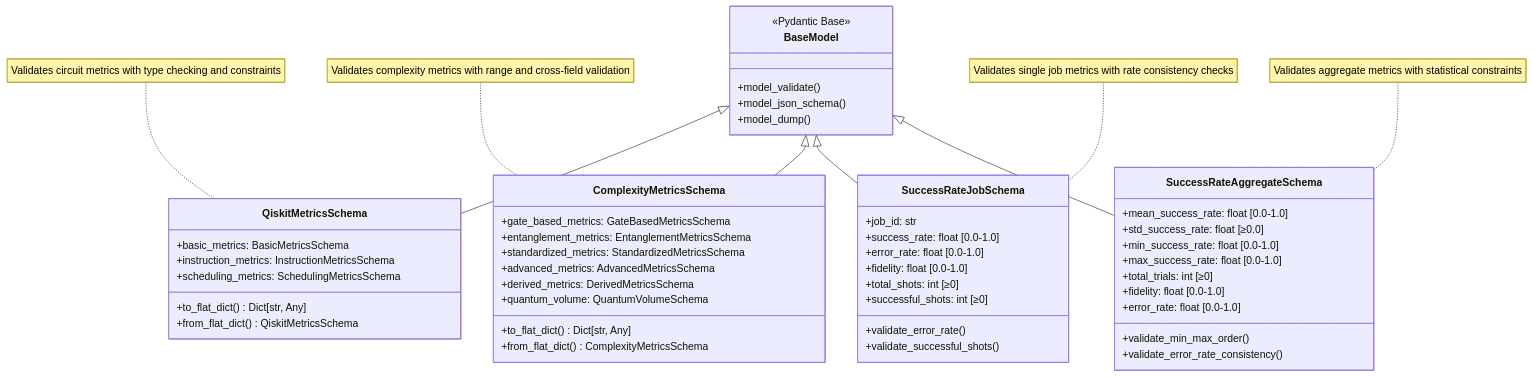
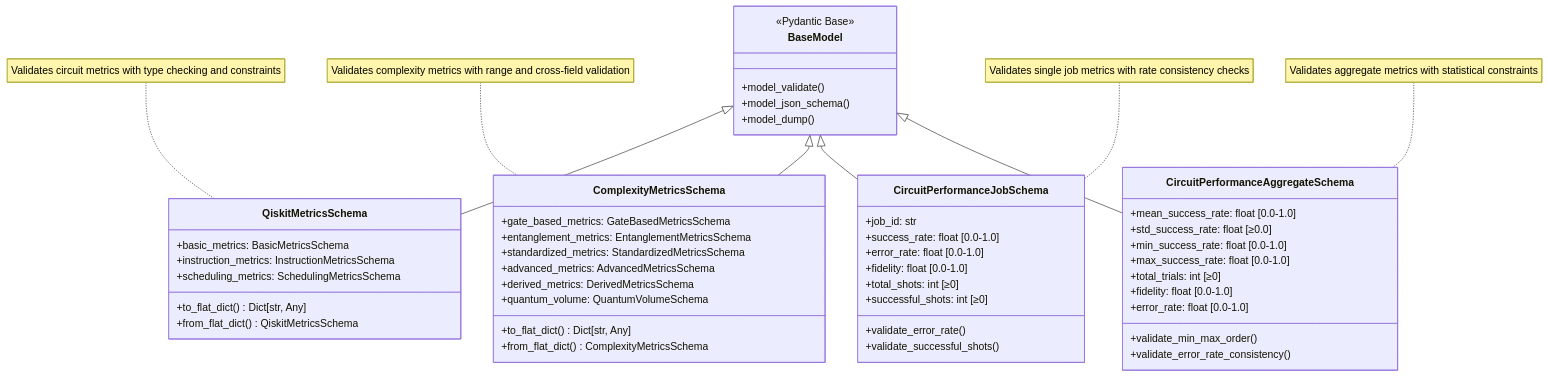
One commit to xthecapx/qiskit-qward changed the second of 4 diagrams in docs/architecture.md. Above: the diagram before and after it, drawn with Mermaid. The commit also changed other lines of this file and 11 other files, not shown here.

First line of the commit message:
Refactor and enhance circuit performance metrics and visualization

````diff
--- a/docs/architecture.md
+++ b/docs/architecture.md
@@ -104,65 +104,65 @@
 ```{mermaid}
 classDiagram
     %% Schema Validation Architecture
     
     class BaseModel {
         <<Pydantic Base>>
         +model_validate()
         +model_json_schema()
         +model_dump()
     }
     
     class QiskitMetricsSchema {
         +basic_metrics: BasicMetricsSchema
         +instruction_metrics: InstructionMetricsSchema
         +scheduling_metrics: SchedulingMetricsSchema
         +to_flat_dict() Dict[str, Any]
         +from_flat_dict() QiskitMetricsSchema
     }
     
     class ComplexityMetricsSchema {
         +gate_based_metrics: GateBasedMetricsSchema
         +entanglement_metrics: EntanglementMetricsSchema
         +standardized_metrics: StandardizedMetricsSchema
         +advanced_metrics: AdvancedMetricsSchema
         +derived_metrics: DerivedMetricsSchema
         +quantum_volume: QuantumVolumeSchema
         +to_flat_dict() Dict[str, Any]
         +from_flat_dict() ComplexityMetricsSchema
     }
     
-    class SuccessRateJobSchema {
+    class CircuitPerformanceJobSchema {
         +job_id: str
         +success_rate: float [0.0-1.0]
         +error_rate: float [0.0-1.0]
         +fidelity: float [0.0-1.0]
         +total_shots: int [≥0]
         +successful_shots: int [≥0]
         +validate_error_rate()
         +validate_successful_shots()
     }
     
-    class SuccessRateAggregateSchema {
+    class CircuitPerformanceAggregateSchema {
         +mean_success_rate: float [0.0-1.0]
         +std_success_rate: float [≥0.0]
         +min_success_rate: float [0.0-1.0]
         +max_success_rate: float [0.0-1.0]
         +total_trials: int [≥0]
         +fidelity: float [0.0-1.0]
         +error_rate: float [0.0-1.0]
         +validate_min_max_order()
         +validate_error_rate_consistency()
     }
 
     %% Inheritance
     BaseModel <|-- QiskitMetricsSchema
     BaseModel <|-- ComplexityMetricsSchema
-    BaseModel <|-- SuccessRateJobSchema
-    BaseModel <|-- SuccessRateAggregateSchema
+    BaseModel <|-- CircuitPerformanceJobSchema
+    BaseModel <|-- CircuitPerformanceAggregateSchema
 
     %% Validation Features
     note for QiskitMetricsSchema "Validates circuit metrics with type checking and constraints"
     note for ComplexityMetricsSchema "Validates complexity metrics with range and cross-field validation"
-    note for SuccessRateJobSchema "Validates single job metrics with rate consistency checks"
-    note for SuccessRateAggregateSchema "Validates aggregate metrics with statistical constraints"
+    note for CircuitPerformanceJobSchema "Validates single job metrics with rate consistency checks"
+    note for CircuitPerformanceAggregateSchema "Validates aggregate metrics with statistical constraints"
 ```
````
